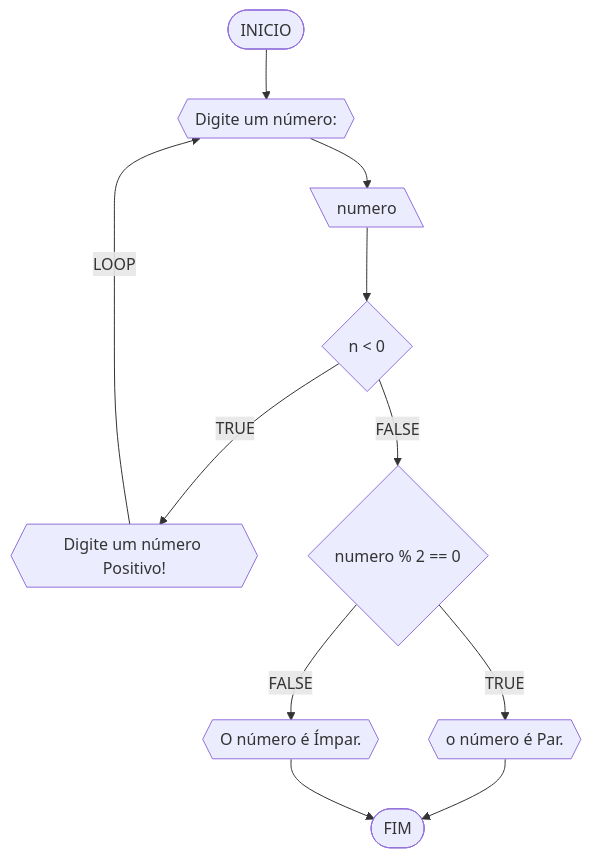
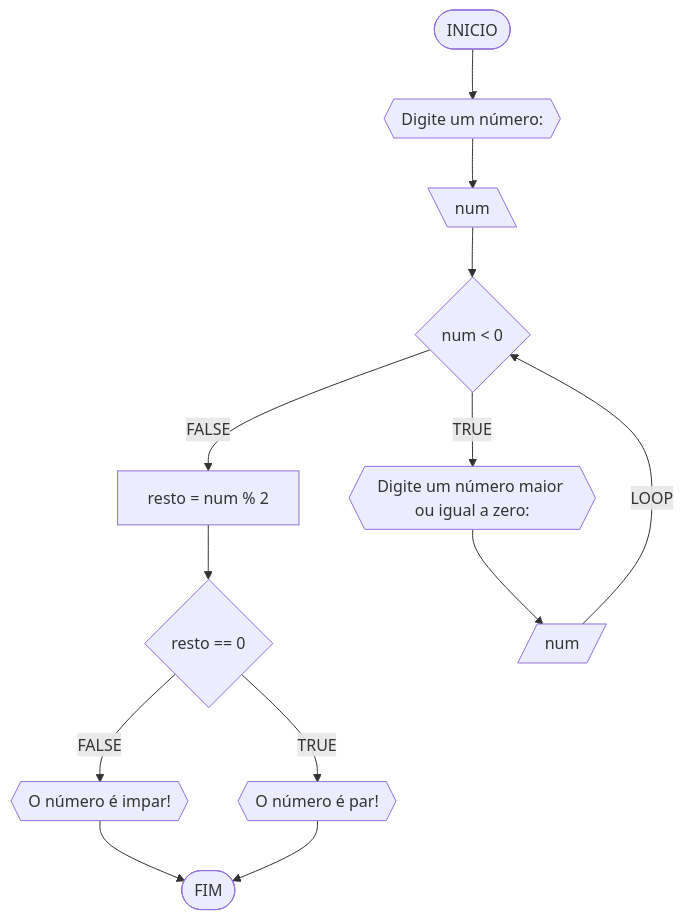
The third of 7 diagrams in RLA/AV1/Lista3_AV1.md (eryckmike/Unifor), drawn with Mermaid before and after one commit. The commit also changed other lines of this file, not shown here.

````diff
--- a/RLA/AV1/Lista3_AV1.md
+++ b/RLA/AV1/Lista3_AV1.md
@@ -5,12 +130,15 @@
 ```mermaid
 flowchart TD
 A([INICIO]) --> B{{Digite um número:}}
-B --> C[\numero\]
-C --> D{n < 0}
-D --TRUE--> E{{Digite um número Positivo!}}
-E --LOOP--> B
-D --FALSE--> F{numero % 2 == 0} 
-F --TRUE--> G{{o número é Par.}} --> I
-F --FALSE--> H{{O número é Ímpar.}}
-H --> I([FIM])
+B --> C[\num\]
+C --> D{num < 0}
+D --FALSE--> E[resto = num % 2]
+E --> H{resto == 0}
+H --FALSE--> I{{O número é impar!}}
+H --TRUE--> J{{O número é par!}}
+I --> Z([FIM])
+J --> Z
+D --TRUE--> F{{Digite um número maior ou igual a zero:}}
+F --> G[/num/]
+G --LOOP--> D
 ```
````
